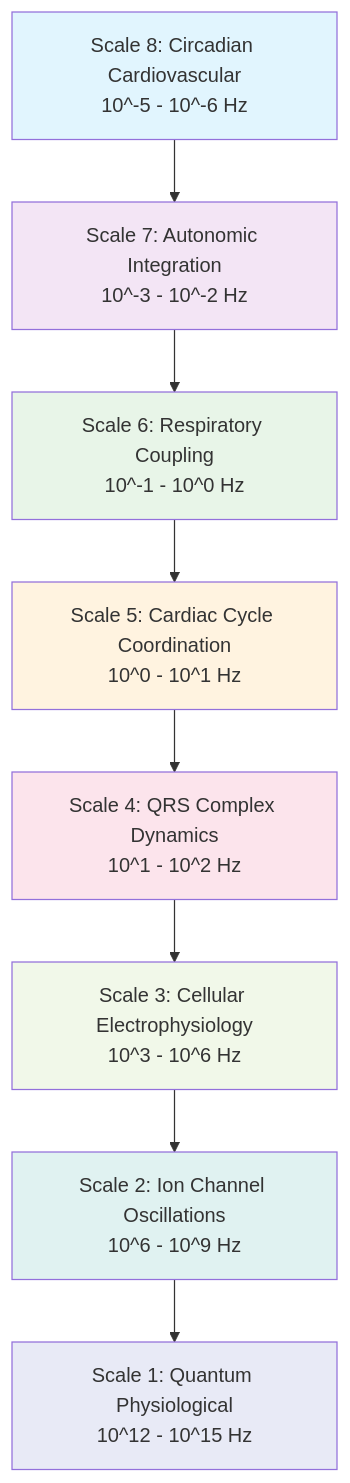
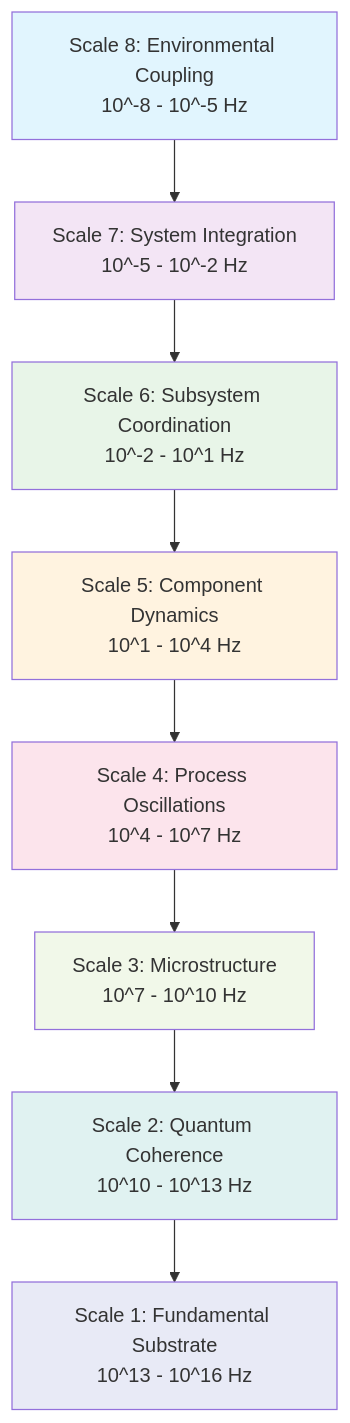
One commit to fullscreen-triangle/huygens changed the second of 6 diagrams in README.md. Above: the diagram before and after it, drawn with Mermaid. The commit also changed other lines of this file and 16 other files, not shown here.

````diff
--- a/README.md
+++ b/README.md
@@ -23,19 +45,19 @@
 ```mermaid
 graph TD
-    A[Scale 8: Circadian Cardiovascular<br/>10^-5 - 10^-6 Hz] --> B[Scale 7: Autonomic Integration<br/>10^-3 - 10^-2 Hz]
-    B --> C[Scale 6: Respiratory Coupling<br/>10^-1 - 10^0 Hz]
-    C --> D[Scale 5: Cardiac Cycle Coordination<br/>10^0 - 10^1 Hz]
-    D --> E[Scale 4: QRS Complex Dynamics<br/>10^1 - 10^2 Hz]
-    E --> F[Scale 3: Cellular Electrophysiology<br/>10^3 - 10^6 Hz]
-    F --> G[Scale 2: Ion Channel Oscillations<br/>10^6 - 10^9 Hz]
-    G --> H[Scale 1: Quantum Physiological<br/>10^12 - 10^15 Hz]
+    A[Scale 8: Environmental Coupling<br/>10^-8 - 10^-5 Hz] --> B[Scale 7: System Integration<br/>10^-5 - 10^-2 Hz]
+    B --> C[Scale 6: Subsystem Coordination<br/>10^-2 - 10^1 Hz]
+    C --> D[Scale 5: Component Dynamics<br/>10^1 - 10^4 Hz]
+    D --> E[Scale 4: Process Oscillations<br/>10^4 - 10^7 Hz]
+    E --> F[Scale 3: Microstructure<br/>10^7 - 10^10 Hz]
+    F --> G[Scale 2: Quantum Coherence<br/>10^10 - 10^13 Hz]
+    G --> H[Scale 1: Fundamental Substrate<br/>10^13 - 10^16 Hz]
     
     style A fill:#e1f5fe
     style B fill:#f3e5f5
     style C fill:#e8f5e8
     style D fill:#fff3e0
     style E fill:#fce4ec
     style F fill:#f1f8e9
     style G fill:#e0f2f1
     style H fill:#e8eaf6
 ```
````
